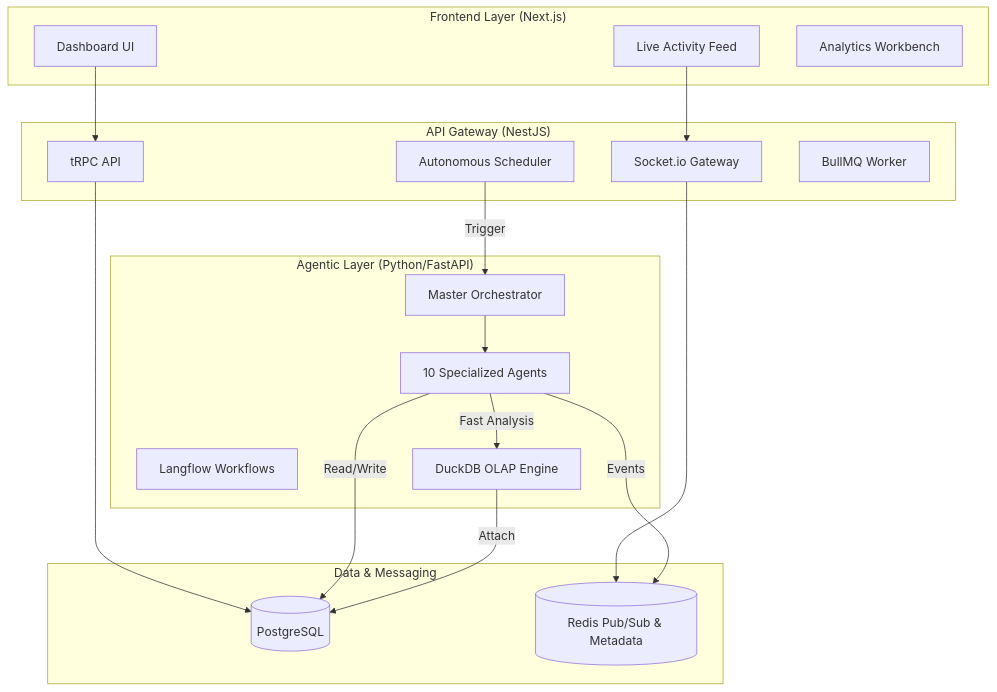
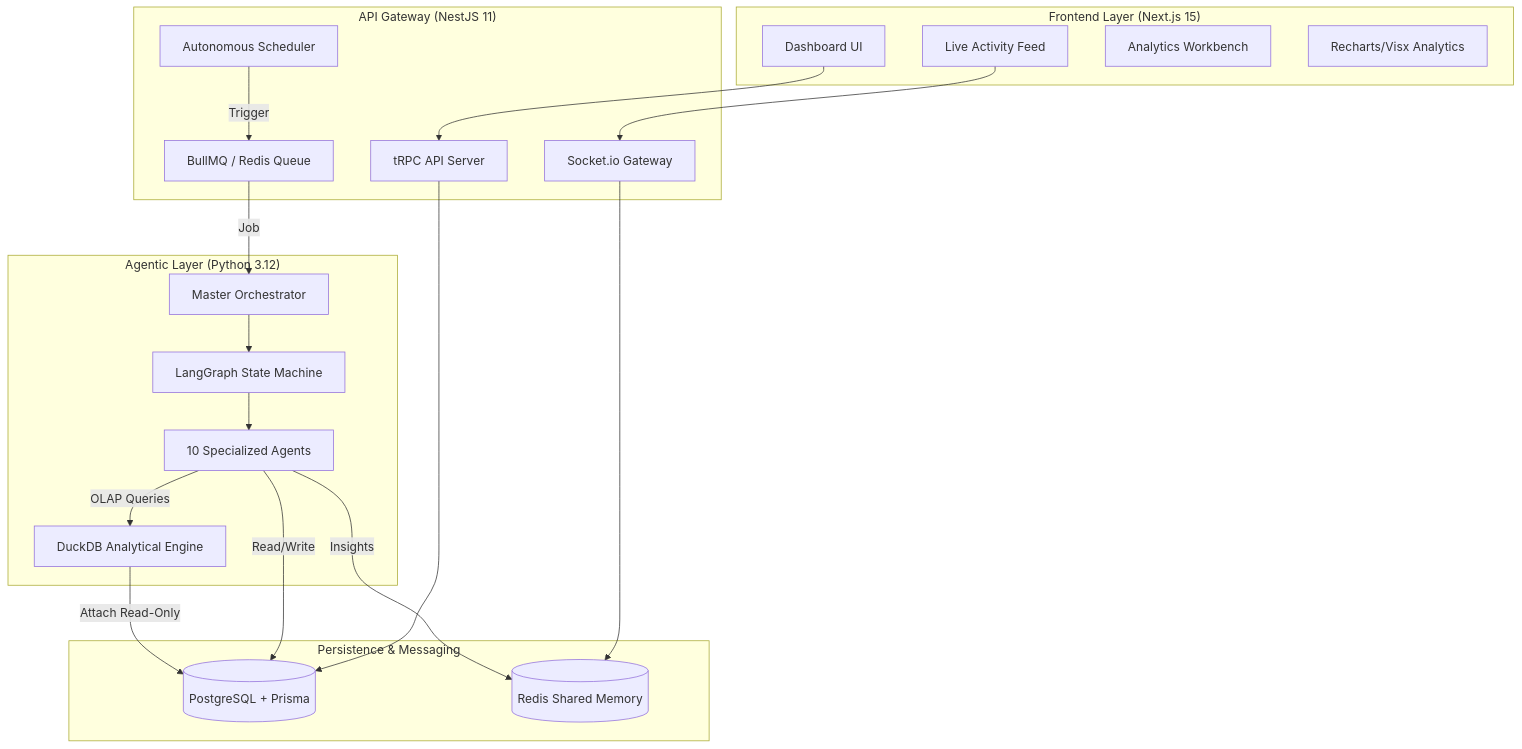
One commit to aayushsoni-ai/PeakIntel.ai changed the first of 3 diagrams in README.md. Above: the diagram before and after it, drawn with Mermaid. The commit also changed other lines of this file and 30 other files, not shown here.

````diff
--- a/README.md
+++ b/README.md
@@ -27,38 +23,41 @@
 ```mermaid
 graph TB
-    subgraph "Frontend Layer (Next.js)"
+    subgraph "Frontend Layer (Next.js 15)"
         UI[Dashboard UI]
         Feed[Live Activity Feed]
         WB[Analytics Workbench]
+        Charts[Recharts/Visx Analytics]
     end
 
-    subgraph "API Gateway (NestJS)"
-        TRPC[tRPC API]
+    subgraph "API Gateway (NestJS 11)"
+        TRPC[tRPC API Server]
         SCHED[Autonomous Scheduler]
         WS[Socket.io Gateway]
-        Queue[BullMQ Worker]
+        Bull[BullMQ / Redis Queue]
     end
 
-    subgraph "Agentic Layer (Python/FastAPI)"
+    subgraph "Agentic Layer (Python 3.12)"
         ORCH[Master Orchestrator]
-        Langflow[Langflow Workflows]
+        LangGraph[LangGraph State Machine]
         Agents[10 Specialized Agents]
-        DuckDB[DuckDB OLAP Engine]
+        DuckDB[DuckDB Analytical Engine]
     end
 
-    subgraph "Data & Messaging"
-        PG[(PostgreSQL)]
-        Redis[(Redis Pub/Sub & Metadata)]
+    subgraph "Persistence & Messaging"
+        PG[(PostgreSQL + Prisma)]
+        Redis[(Redis Shared Memory)]
     end
 
     UI --> TRPC
     TRPC --> PG
     Feed --> WS
     WS --> Redis
-    SCHED -->|Trigger| ORCH
-    ORCH --> Agents
+    SCHED -->|Trigger| Bull
+    Bull -->|Job| ORCH
+    ORCH --> LangGraph
+    LangGraph --> Agents
     Agents -->|Read/Write| PG
-    Agents -->|Events| Redis
-    Agents -->|Fast Analysis| DuckDB
-    DuckDB -->|Attach| PG
+    Agents -->|Insights| Redis
+    Agents -->|OLAP Queries| DuckDB
+    DuckDB -->|Attach Read-Only| PG
 ```
````
